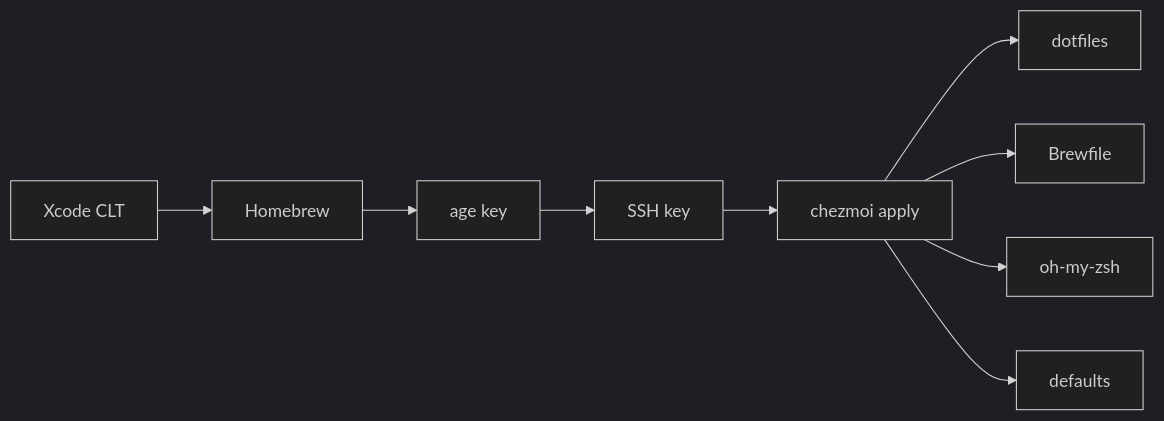
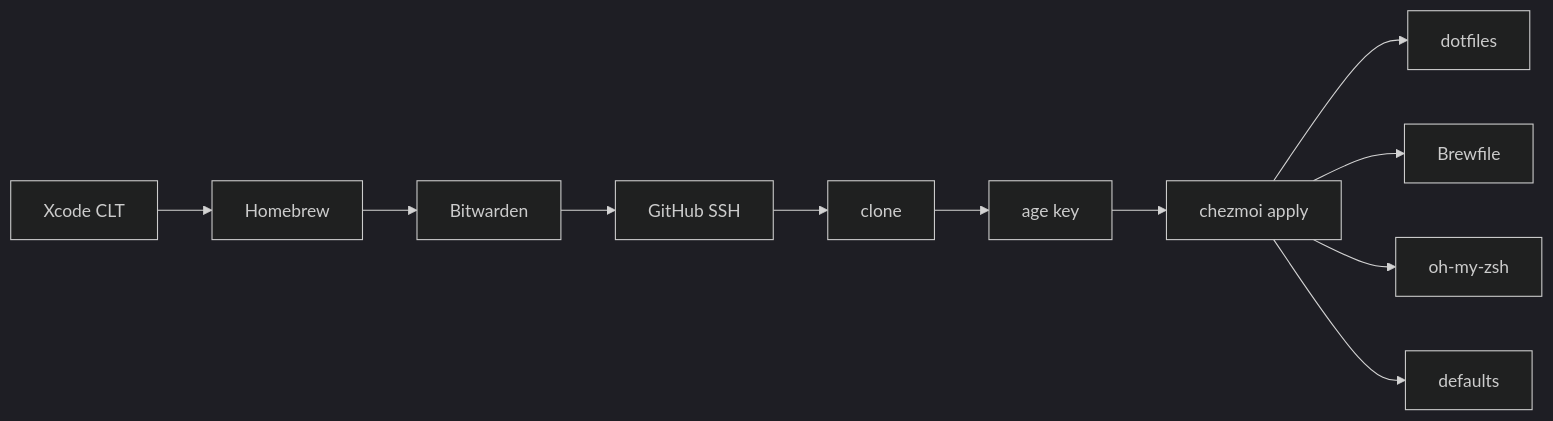
One commit to alexiscreuzot/Dotfiles changed the diagram in README.md. Above: the diagram before and after it, drawn with Mermaid (dark theme). The commit also changed other lines of this file and 6 other files, not shown here.

Commit message:
Bootstrap GitHub over SSH before cloning, and wire Spaceship into oh-my-zsh.

````diff
--- a/README.md
+++ b/README.md
@@ -58,11 +49,13 @@
 ```mermaid
 flowchart LR
   A[Xcode CLT] --> B[Homebrew]
-  B --> C[age key]
-  C --> D[SSH key]
-  D --> E[chezmoi apply]
-  E --> F[dotfiles]
-  E --> G[Brewfile]
-  E --> H[oh-my-zsh]
-  E --> I[defaults]
+  B --> C[Bitwarden]
+  C --> D[GitHub SSH]
+  D --> E[clone]
+  E --> F[age key]
+  F --> G[chezmoi apply]
+  G --> H[dotfiles]
+  G --> I[Brewfile]
+  G --> J[oh-my-zsh]
+  G --> K[defaults]
 ```
````
